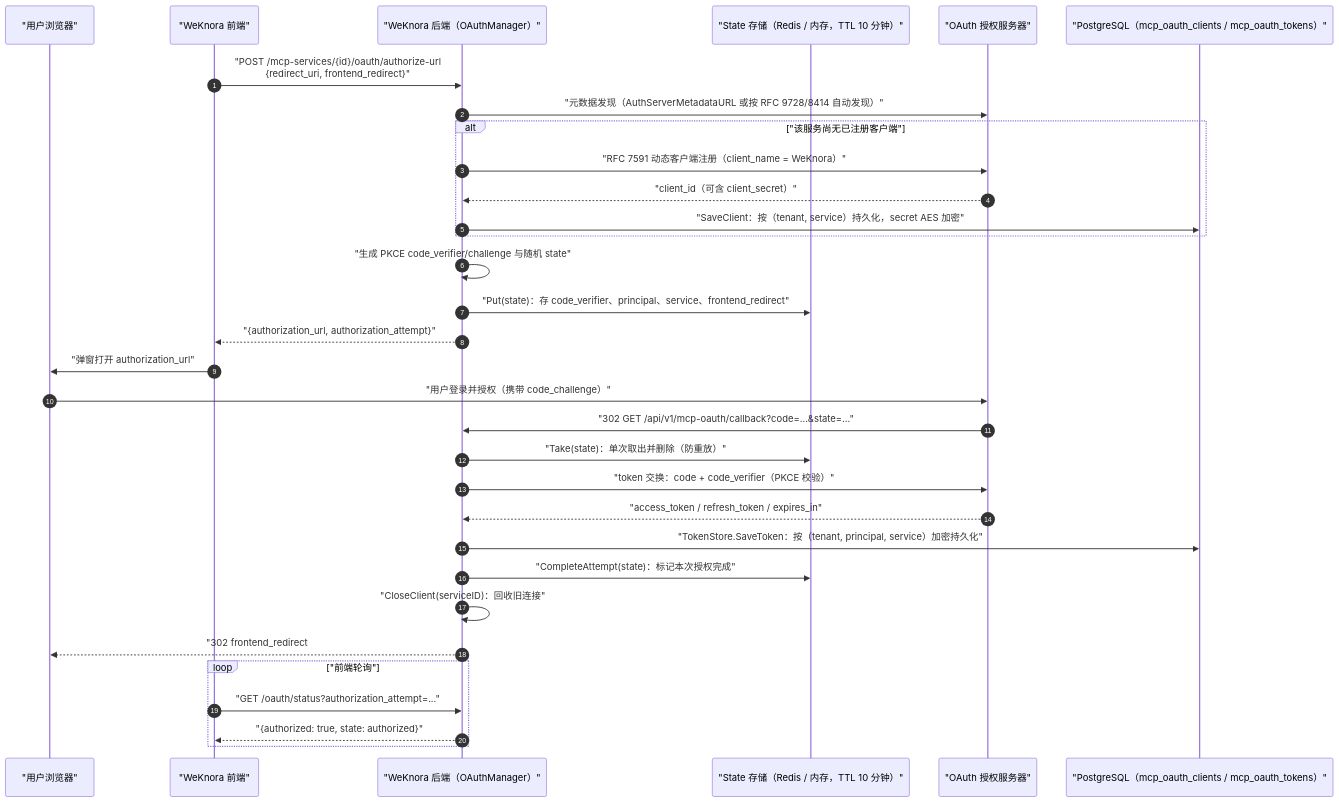
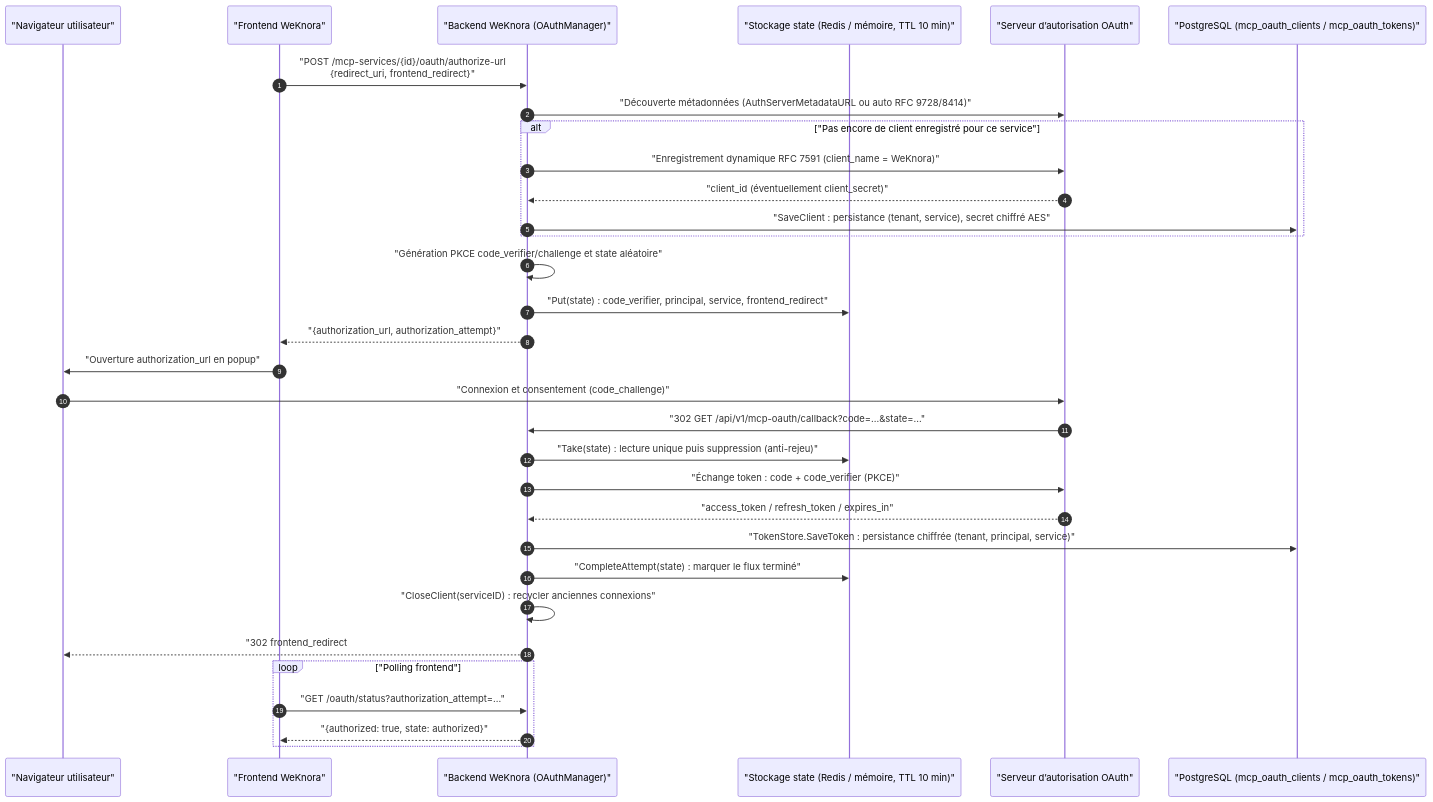
The second of 4 diagrams in website-docs/03-features/08-mcp.md (samiriggui-code/gsms-template), drawn with Mermaid before and after one commit. The commit also changed other lines of this file and 301 other files, not shown here.

````diff
--- a/website-docs/03-features/08-mcp.md
+++ b/website-docs/03-features/08-mcp.md
@@ -264,35 +264,35 @@
 ```mermaid
 sequenceDiagram
     autonumber
-    participant B as "用户浏览器"
-    participant FE as "WeKnora 前端"
-    participant BE as "WeKnora 后端（OAuthManager）"
-    participant ST as "State 存储（Redis / 内存，TTL 10 分钟）"
-    participant AS as "OAuth 授权服务器"
-    participant DB as "PostgreSQL（mcp_oauth_clients / mcp_oauth_tokens）"
+    participant B as "Navigateur utilisateur"
+    participant FE as "Frontend WeKnora"
+    participant BE as "Backend WeKnora (OAuthManager)"
+    participant ST as "Stockage state (Redis / mémoire, TTL 10 min)"
+    participant AS as "Serveur d’autorisation OAuth"
+    participant DB as "PostgreSQL (mcp_oauth_clients / mcp_oauth_tokens)"
 
     FE->>BE: "POST /mcp-services/{id}/oauth/authorize-url<br/>{redirect_uri, frontend_redirect}"
-    BE->>AS: "元数据发现（AuthServerMetadataURL 或按 RFC 9728/8414 自动发现）"
-    alt "该服务尚无已注册客户端"
-        BE->>AS: "RFC 7591 动态客户端注册（client_name = WeKnora）"
-        AS-->>BE: "client_id（可含 client_secret）"
-        BE->>DB: "SaveClient：按（tenant, service）持久化，secret AES 加密"
+    BE->>AS: "Découverte métadonnées (AuthServerMetadataURL ou auto RFC 9728/8414)"
+    alt "Pas encore de client enregistré pour ce service"
+        BE->>AS: "Enregistrement dynamique RFC 7591 (client_name = WeKnora)"
+        AS-->>BE: "client_id (éventuellement client_secret)"
+        BE->>DB: "SaveClient : persistance (tenant, service), secret chiffré AES"
     end
-    BE->>BE: "生成 PKCE code_verifier/challenge 与随机 state"
-    BE->>ST: "Put(state)：存 code_verifier、principal、service、frontend_redirect"
+    BE->>BE: "Génération PKCE code_verifier/challenge et state aléatoire"
+    BE->>ST: "Put(state) : code_verifier, principal, service, frontend_redirect"
     BE-->>FE: "{authorization_url, authorization_attempt}"
-    FE->>B: "弹窗打开 authorization_url"
-    B->>AS: "用户登录并授权（携带 code_challenge）"
+    FE->>B: "Ouverture authorization_url en popup"
+    B->>AS: "Connexion et consentement (code_challenge)"
     AS->>BE: "302 GET /api/v1/mcp-oauth/callback?code=...&state=..."
-    BE->>ST: "Take(state)：单次取出并删除（防重放）"
-    BE->>AS: "token 交换：code + code_verifier（PKCE 校验）"
+    BE->>ST: "Take(state) : lecture unique puis suppression (anti-rejeu)"
+    BE->>AS: "Échange token : code + code_verifier (PKCE)"
     AS-->>BE: "access_token / refresh_token / expires_in"
-    BE->>DB: "TokenStore.SaveToken：按（tenant, principal, service）加密持久化"
-    BE->>ST: "CompleteAttempt(state)：标记本次授权完成"
-    BE->>BE: "CloseClient(serviceID)：回收旧连接"
+    BE->>DB: "TokenStore.SaveToken : persistance chiffrée (tenant, principal, service)"
+    BE->>ST: "CompleteAttempt(state) : marquer le flux terminé"
+    BE->>BE: "CloseClient(serviceID) : recycler anciennes connexions"
     BE-->>B: "302 frontend_redirect#mcp_oauth_result=success"
-    loop "前端轮询"
+    loop "Polling frontend"
         FE->>BE: "GET /oauth/status?authorization_attempt=..."
         BE-->>FE: "{authorized: true, state: authorized}"
     end
 ```
````
